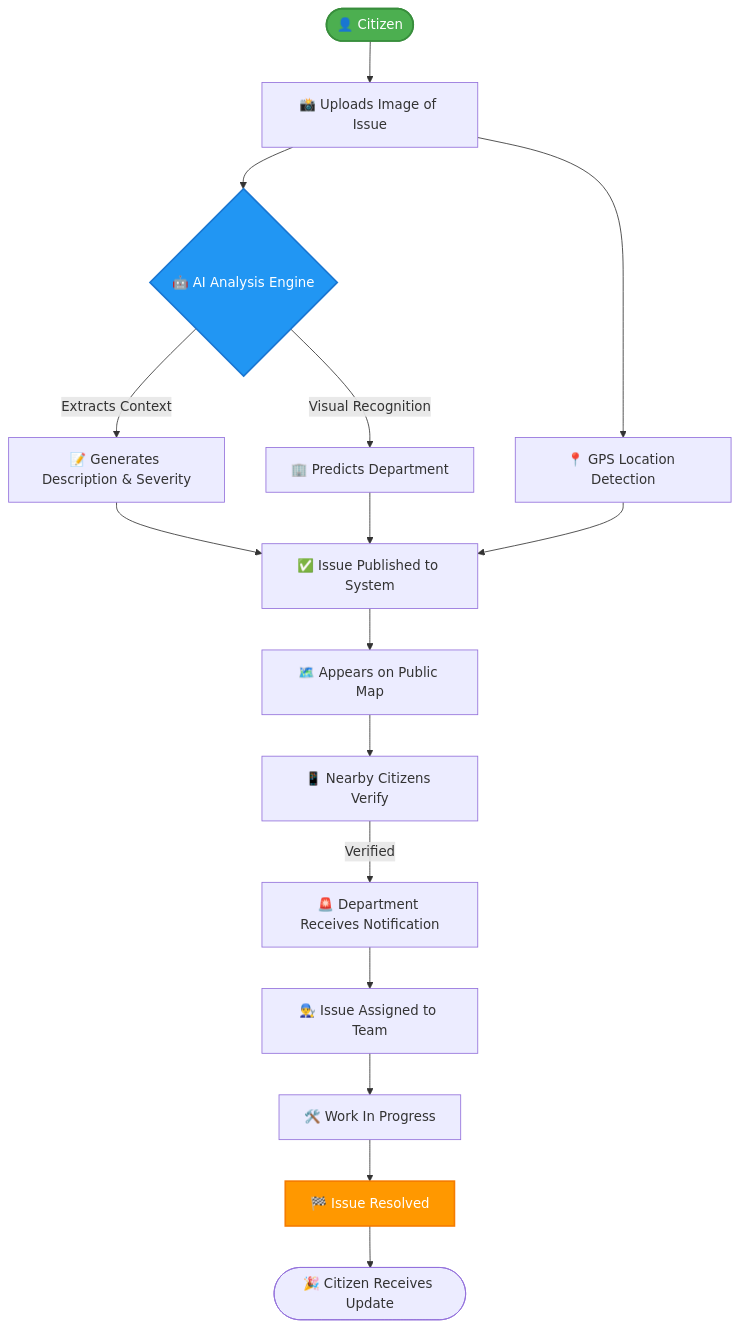
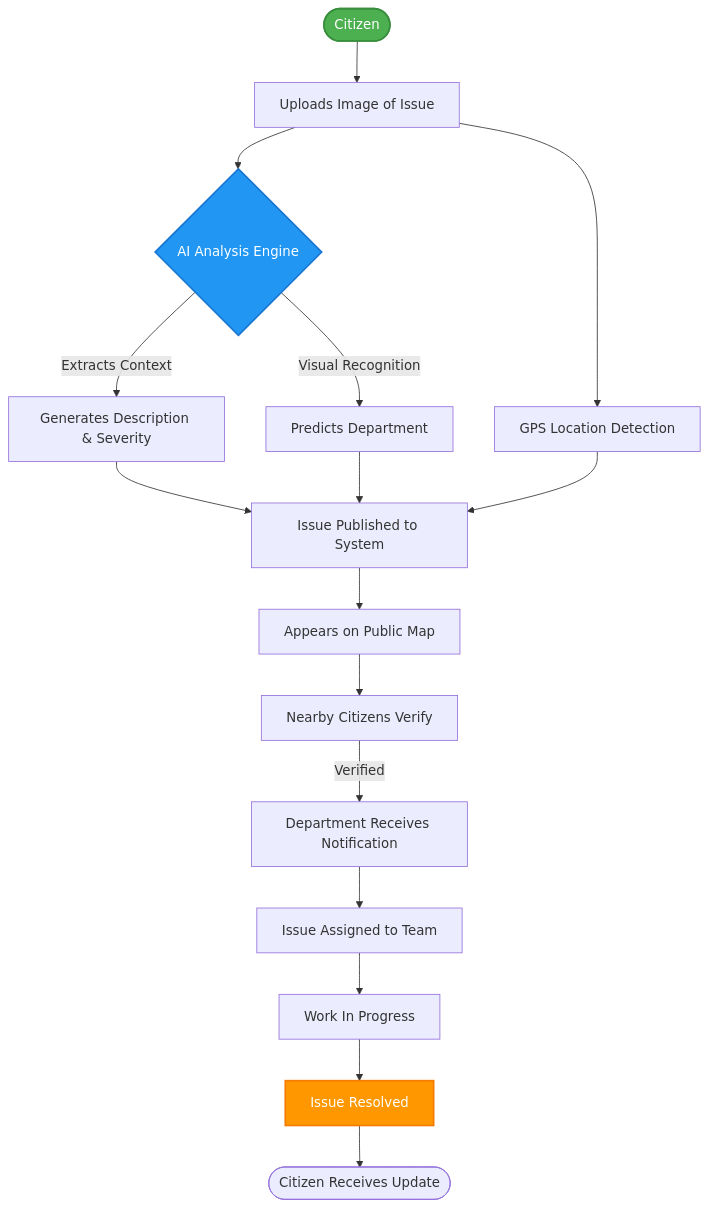
The first of 2 diagrams in README.md (Ishfaq24/Awaaz-Kashmir), drawn with Mermaid before and after one commit. The commit also changed other lines of this file and 1 other file, not shown here.

````diff
--- a/README.md
+++ b/README.md
@@ -154,22 +105,21 @@
 ```mermaid
 graph TD
-    A([👤 Citizen]) --> B[📸 Uploads Image of Issue]
-    B --> C{🤖 AI Analysis Engine}
-    C -->|Extracts Context| D[📝 Generates Description & Severity]
-    C -->|Visual Recognition| E[🏢 Predicts Department]
-    B --> F[📍 GPS Location Detection]
-    D --> G[✅ Issue Published to System]
+    A([ Citizen]) --> B[ Uploads Image of Issue]
+    B --> C{ AI Analysis Engine}
+    C -->|Extracts Context| D[ Generates Description & Severity]
+    C -->|Visual Recognition| E[ Predicts Department]
+    B --> F[ GPS Location Detection]
+    D --> G[ Issue Published to System]
     E --> G
     F --> G
-    G --> H[🗺️ Appears on Public Map]
-    H --> I[📱 Nearby Citizens Verify]
-    I -->|Verified| J[🚨 Department Receives Notification]
-    J --> K[👨‍🔧 Issue Assigned to Team]
-    K --> L[🛠️ Work In Progress]
-    L --> M[🏁 Issue Resolved]
-    M --> N([🎉 Citizen Receives Update])
-    
+    G --> H[ Appears on Public Map]
+    H --> I[ Nearby Citizens Verify]
+    I -->|Verified| J[ Department Receives Notification]
+    J --> K[ Issue Assigned to Team]
+    K --> L[ Work In Progress]
+    L --> M[ Issue Resolved]
+    M --> N([ Citizen Receives Update])
     style A fill:#4CAF50,stroke:#388E3C,stroke-width:2px,color:white
     style C fill:#2196F3,stroke:#1976D2,stroke-width:2px,color:white
     style M fill:#FF9800,stroke:#F57C00,stroke-width:2px,color:white
 ```
````
